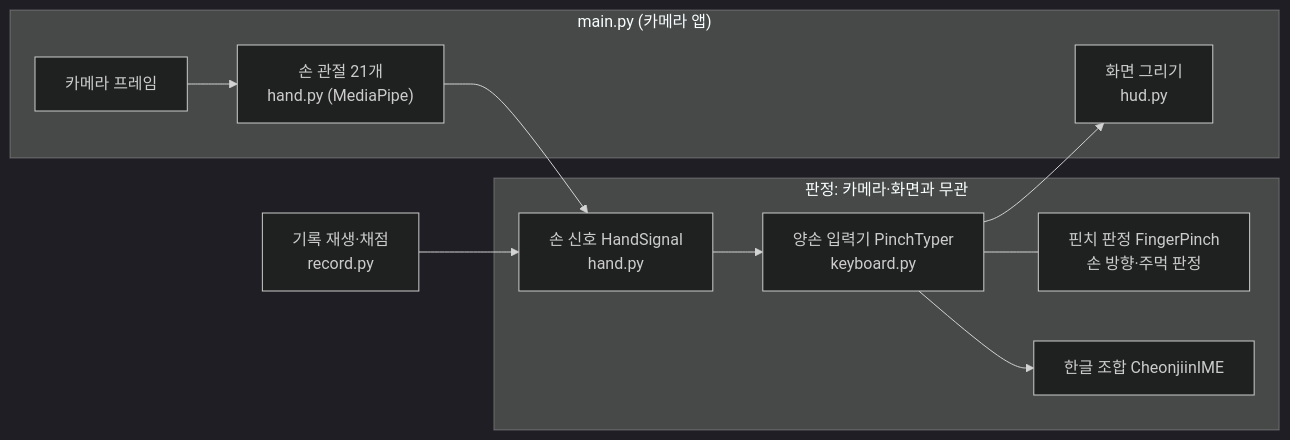
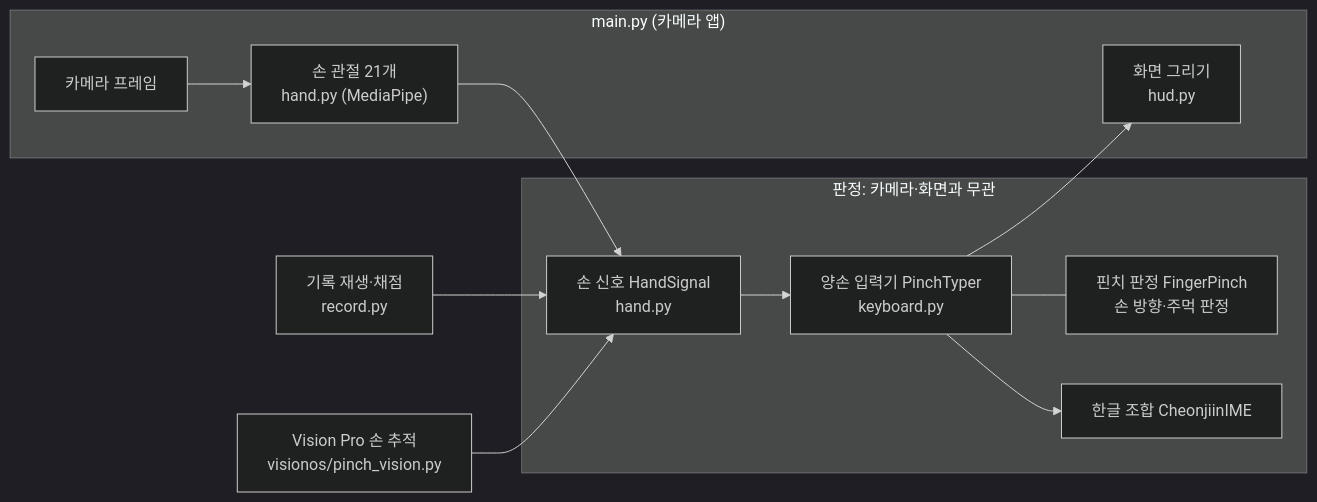
Before and after one commit to Nedian0Brien/OndeviceAI_Lecture: the first of 2 diagrams in Project01/README.md, drawn with Mermaid (dark theme). The commit also changed other lines of this file and 28 other files, not shown here.

Commit message:
fix: Vision Pro 앱을 되살리고 판정 파일 구조에 맞춤

````diff
--- a/Project01/README.md
+++ b/Project01/README.md
@@ -36,15 +37,16 @@
 ```mermaid
 flowchart LR
     subgraph APP["main.py (카메라 앱)"]
         CAM["카메라 프레임"] --> DET["손 관절 21개<br/>hand.py (MediaPipe)"]
         HUD["화면 그리기<br/>hud.py"]
     end
     subgraph CORE["판정: 카메라·화면과 무관"]
         SIG["손 신호 HandSignal<br/>hand.py"] --> TYP["양손 입력기 PinchTyper<br/>keyboard.py"]
         TYP --- PIN["핀치 판정 FingerPinch<br/>손 방향·주먹 판정"]
         TYP --> IME["한글 조합 CheonjiinIME"]
     end
     DET --> SIG
     TYP --> HUD
     LOG["기록 재생·채점<br/>record.py"] --> SIG
+    VP["Vision Pro 손 추적<br/>visionos/pinch_vision.py"] --> SIG
 ```
````
